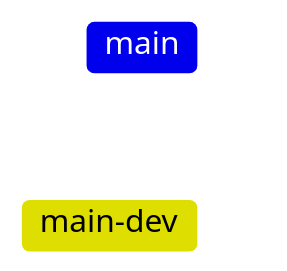
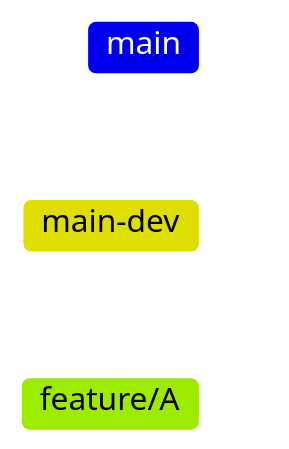
Before and after one commit to petitess/markdown: the first of 4 diagrams in mermaid04.md, drawn with Mermaid.

````diff
--- a/mermaid04.md
+++ b/mermaid04.md
@@ -1,4 +1,5 @@
 ```mermaid
 gitGraph
        branch main-dev
+       branch feature/A
 ```
````
